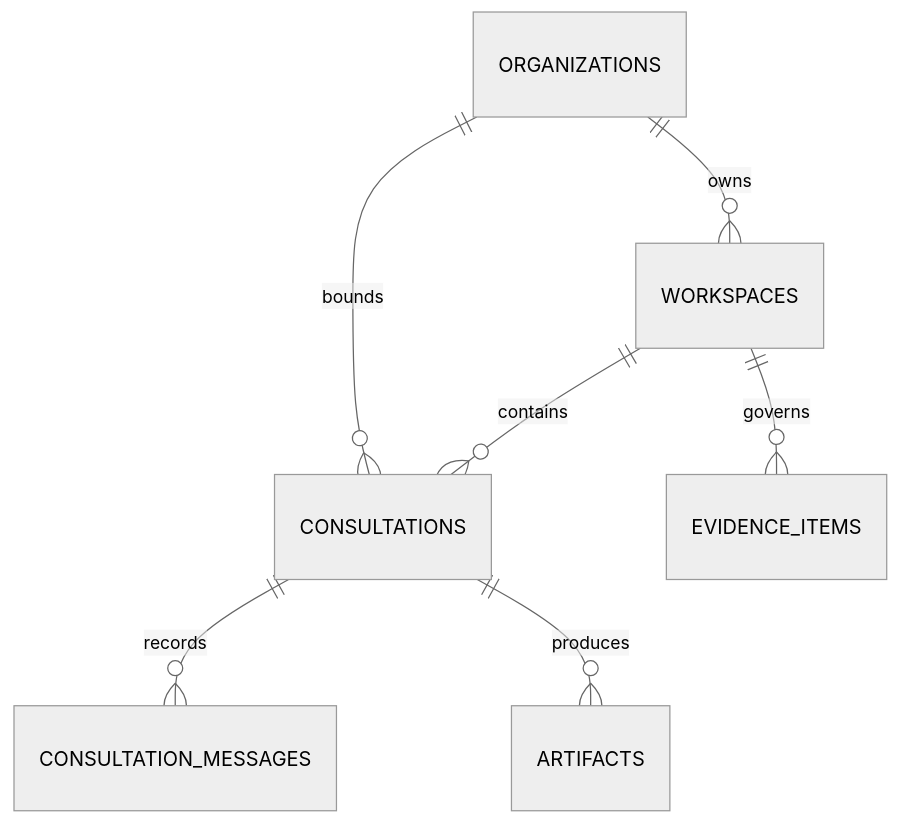
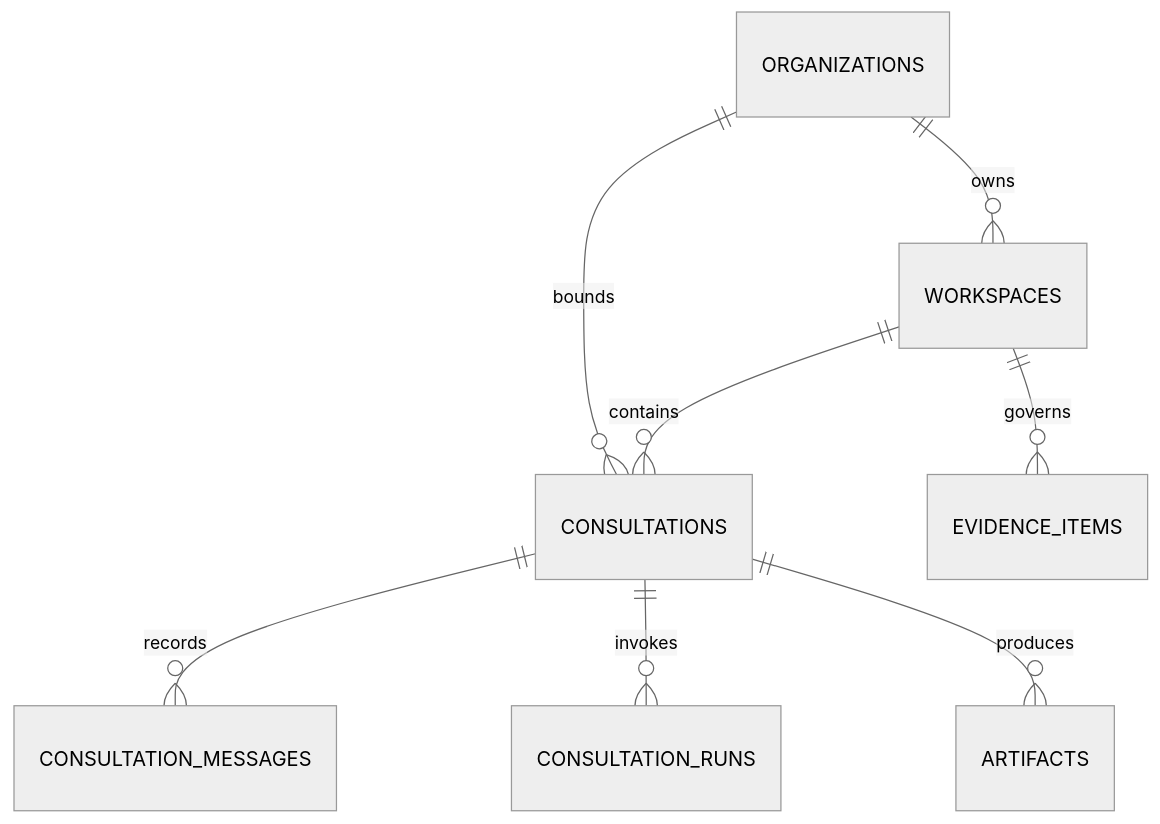
One commit to Mavkit/AIConsultant changed the diagram in docs/architecture/data-model.md. Above: the diagram before and after it, drawn with Mermaid (neutral theme). The commit also changed other lines of this file and 24 other files, not shown here.

````diff
--- a/docs/architecture/data-model.md
+++ b/docs/architecture/data-model.md
@@ -18,9 +18,10 @@
 ```mermaid
 erDiagram
     ORGANIZATIONS ||--o{ WORKSPACES : owns
     ORGANIZATIONS ||--o{ CONSULTATIONS : bounds
     WORKSPACES ||--o{ CONSULTATIONS : contains
     CONSULTATIONS ||--o{ CONSULTATION_MESSAGES : records
+    CONSULTATIONS ||--o{ CONSULTATION_RUNS : invokes
     WORKSPACES ||--o{ EVIDENCE_ITEMS : governs
     CONSULTATIONS ||--o{ ARTIFACTS : produces
 ```
````
